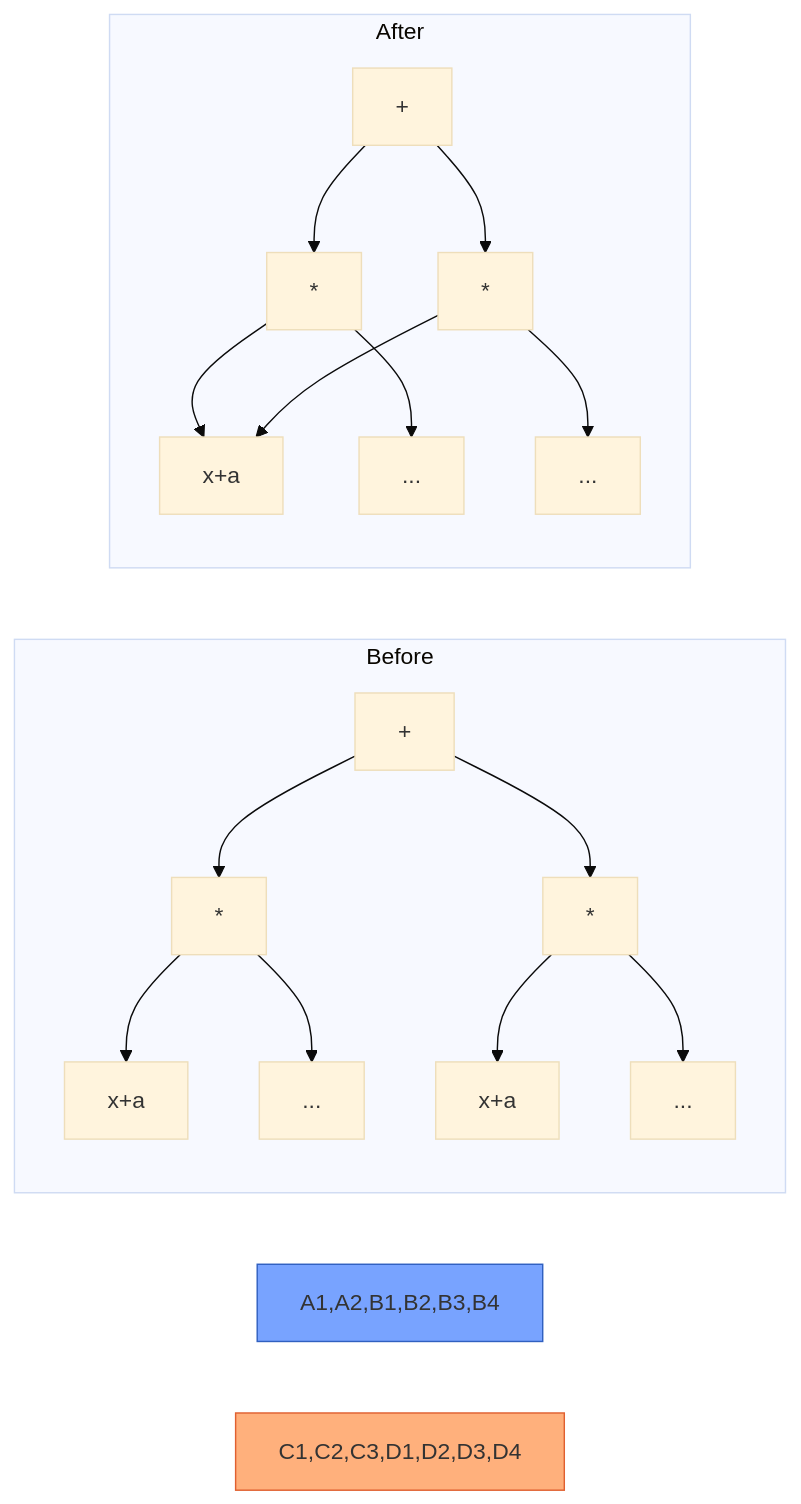
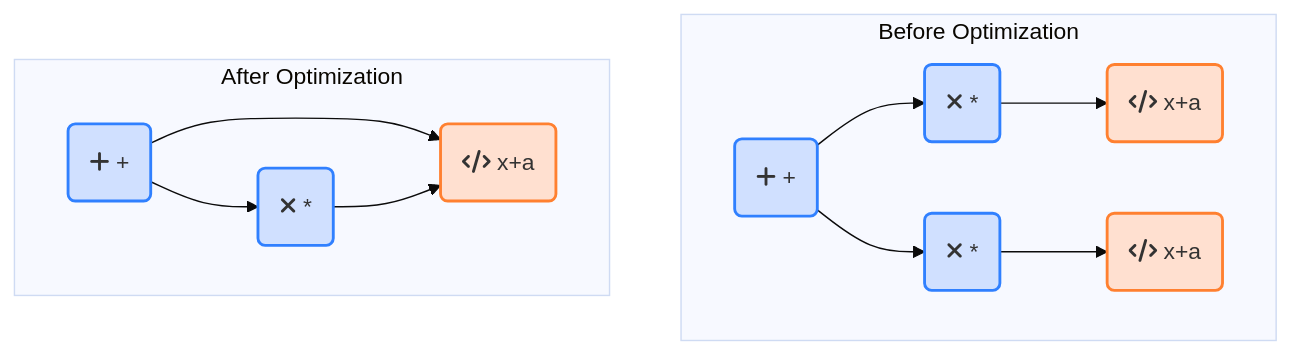
One commit to rdguerrerom/AutoDiff changed the fourth of 5 diagrams in README.md. Above: the diagram before and after it, drawn with Mermaid (base theme). The commit also changed other lines of this file, not shown here.

````diff
--- a/README.md
+++ b/README.md
@@ -164,23 +200,37 @@
 ```mermaid
-flowchart LR
-    subgraph "Before"
-        A1["+"] --> B1["*"]
-        A1 --> B2["*"]
-        B1 --> C1["x+a"]
-        B1 --> D1["..."]
-        B2 --> C2["x+a"]
-        B2 --> D2["..."]
+graph TD
+    %% Before Optimization
+    subgraph "Before Optimization"
+        A1("fa:fa-plus +")
+        B1("fa:fa-times *")
+        B2("fa:fa-times *")
+        C1("fa:fa-code x+a")
+        C2("fa:fa-code x+a")
+        
+        A1 --> B1
+        A1 --> B2
+        B1 --> C1
+        B2 --> C2
     end
     
-    subgraph "After"
-        A2["+"] --> B3["*"]
-        A2 --> B4["*"]
-        B3 --> C3["x+a"]
-        B3 --> D3["..."]
-        B4 --> C3
-        B4 --> D4["..."]
+    %% After Optimization
+    subgraph "After Optimization"
+        A2("fa:fa-plus +")
+        B3("fa:fa-times *")
+        C3("fa:fa-code x+a")
+        
+        A2 --> B3
+        A2 --> C3
+        B3 --> C3
     end
     
-    style A1,A2,B1,B2,B3,B4 fill:#78a3ff,stroke:#3060c0
-    style C1,C2,C3,D1,D2,D3,D4 fill:#ffb07c,stroke:#e06030
+    %% Styling
+    style A1 fill:#d0e0ff,stroke:#3080ff,stroke-width:2px
+    style A2 fill:#d0e0ff,stroke:#3080ff,stroke-width:2px
+    style B1 fill:#d0e0ff,stroke:#3080ff,stroke-width:2px
+    style B2 fill:#d0e0ff,stroke:#3080ff,stroke-width:2px
+    style B3 fill:#d0e0ff,stroke:#3080ff,stroke-width:2px
+    style C1 fill:#ffe0d0,stroke:#ff8030,stroke-width:2px
+    style C2 fill:#ffe0d0,stroke:#ff8030,stroke-width:2px
+    style C3 fill:#ffe0d0,stroke:#ff8030,stroke-width:2px
 ```
````
